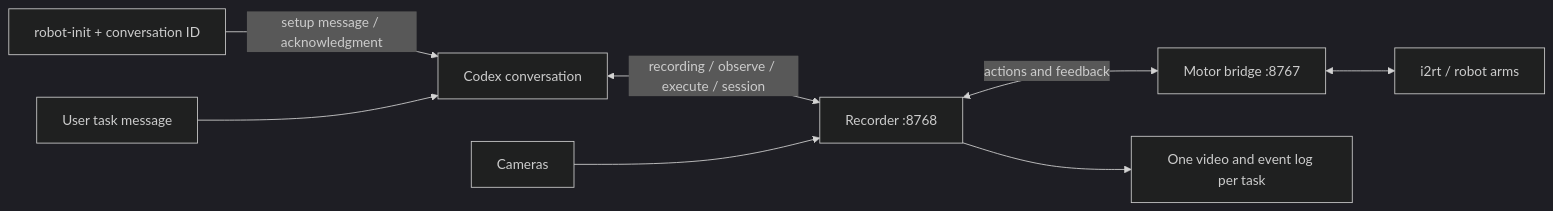
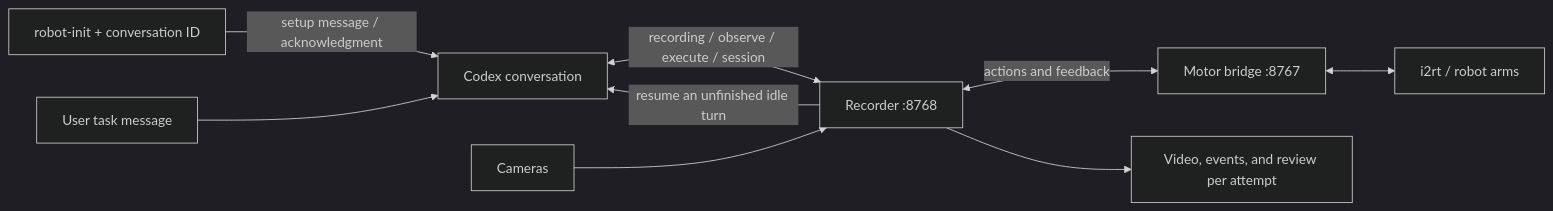
Before and after one commit to branyang02/agentic-robots: the diagram in docs/agentic-runs.md, drawn with Mermaid (dark theme). The commit also changed other lines of this file and 14 other files, not shown here.

Commit message:
Persist robot tasks through recovery, neutral return, and video review

````diff
--- a/docs/agentic-runs.md
+++ b/docs/agentic-runs.md
@@ -7,10 +7,11 @@
 ```mermaid
 flowchart LR
     I[robot-init + conversation ID] -->|setup message / acknowledgment| A[Codex conversation]
     U[User task message] --> A
     A <-->|recording / observe / execute / session| R[Recorder :8768]
     R <-->|actions and feedback| B[Motor bridge :8767]
     B <--> H[i2rt / robot arms]
     C[Cameras] --> R
-    R --> F[One video and event log per task]
+    R --> F[Video, events, and review per attempt]
+    R -->|resume an unfinished idle turn| A
 ```
````
